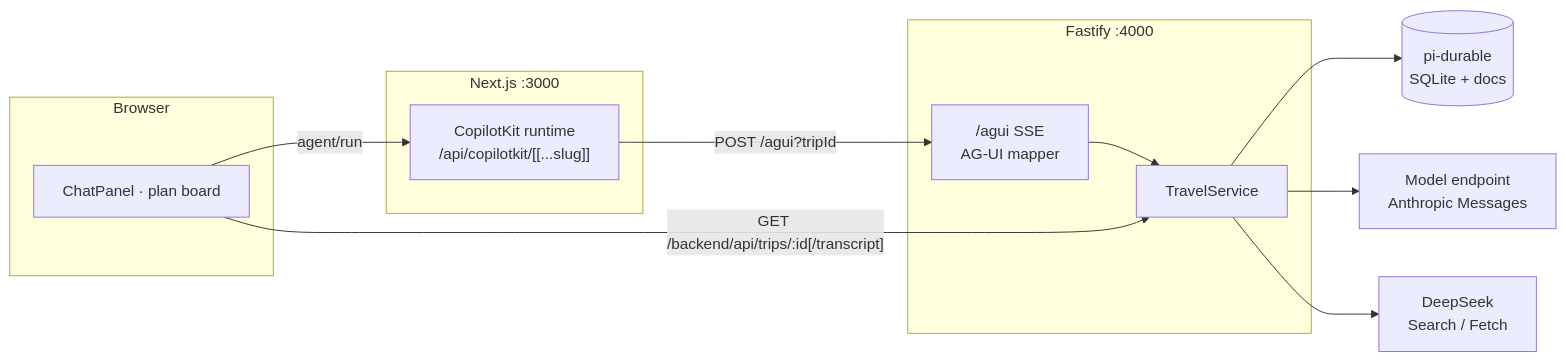
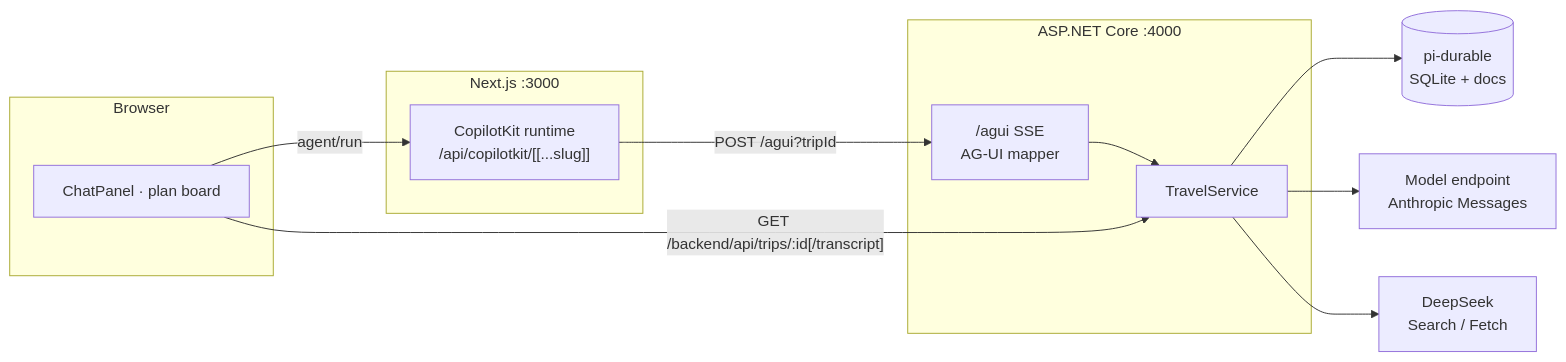
The diagram in README.md (sunwei3126/travel_agent), drawn with Mermaid before and after one commit. The commit also changed other lines of this file and 76 other files, not shown here.

````diff
--- a/README.md
+++ b/README.md
@@ -38,24 +39,24 @@
 ```mermaid
 flowchart LR
   subgraph Browser
     UI["ChatPanel · plan board"]
   end
   subgraph Next["Next.js :3000"]
     RT["CopilotKit runtime<br/>/api/copilotkit/[[...slug]]"]
   end
-  subgraph Server["Fastify :4000"]
+  subgraph Server["ASP.NET Core :4000"]
     AGUI["/agui SSE<br/>AG-UI mapper"]
     SVC["TravelService"]
   end
   D[("pi-durable<br/>SQLite + docs")]
   M["Model endpoint<br/>Anthropic Messages"]
   S["DeepSeek<br/>Search / Fetch"]
 
   UI -->|"agent/run"| RT
   RT -->|"POST /agui?tripId"| AGUI
   AGUI --> SVC
   SVC --> D
   SVC --> M
   SVC --> S
   UI -->|"GET /backend/api/trips/:id[/transcript]"| SVC
 ```
````
